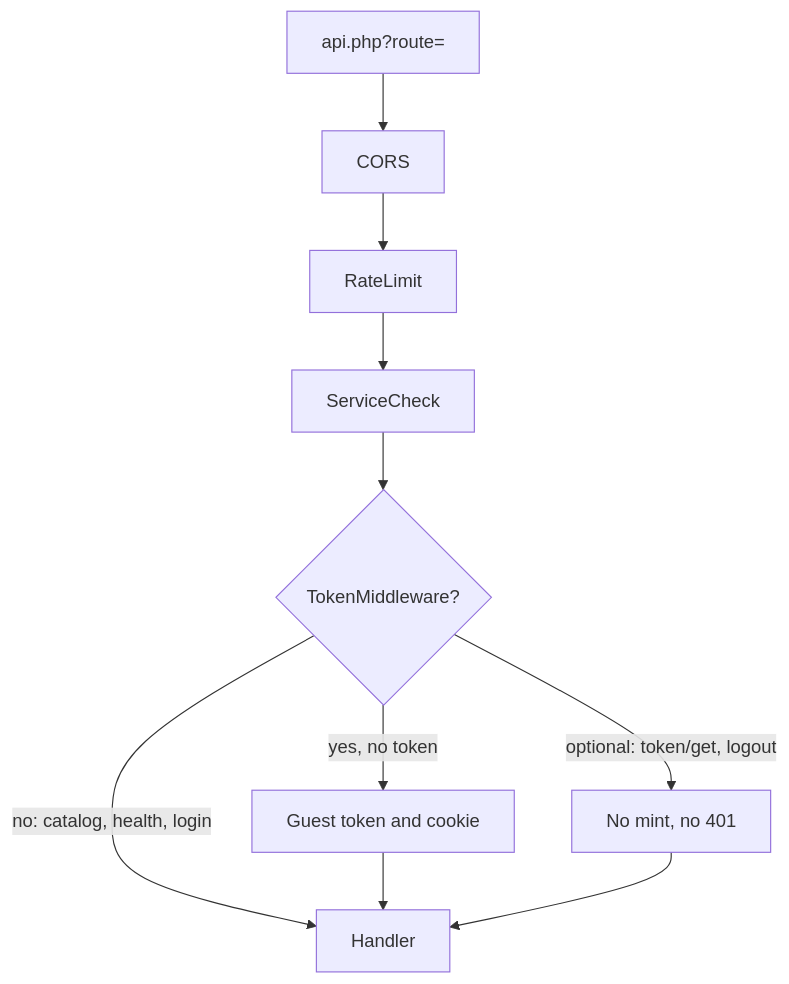
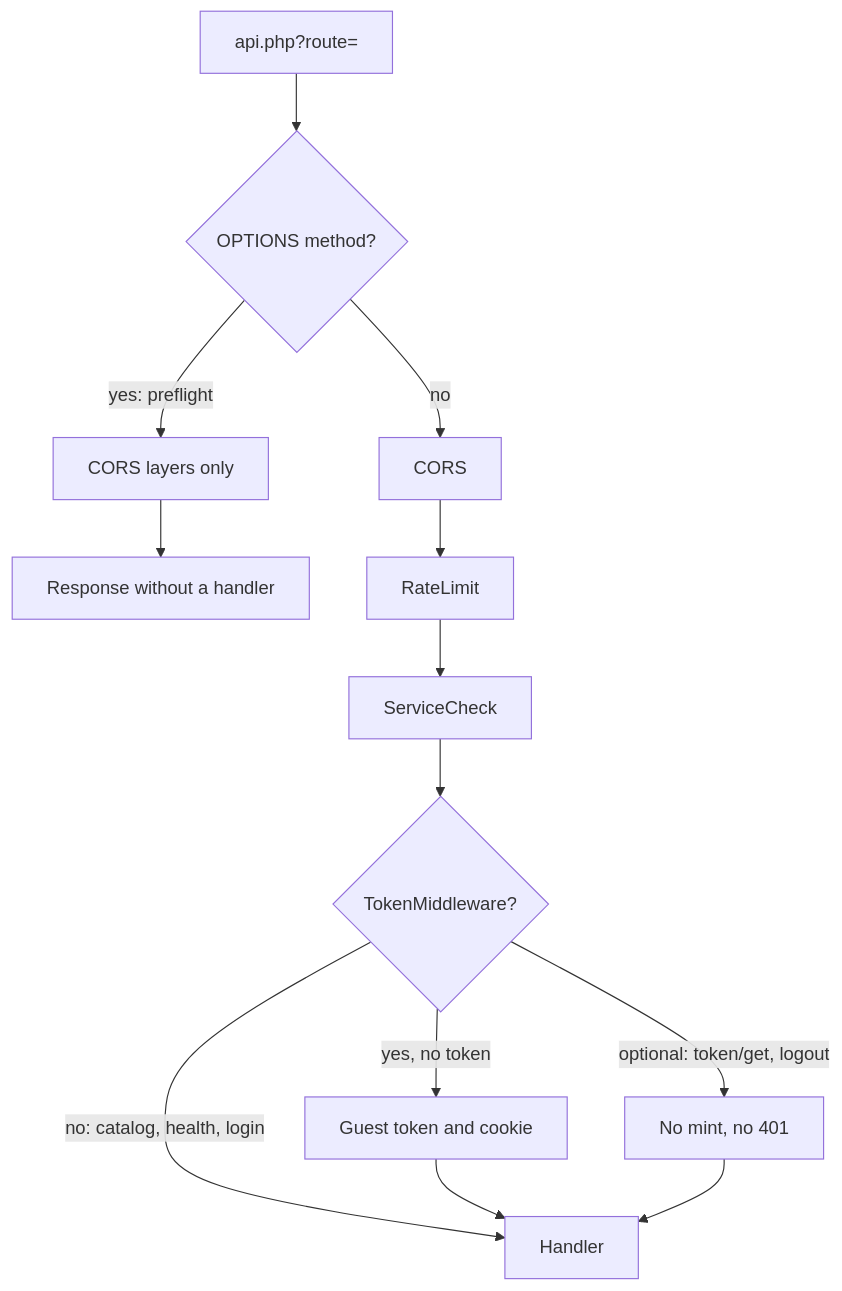
One commit to modx-pro/Docs changed the diagram in docs/en/components/minishop3/development/web-api/index.md. Above: the diagram before and after it, drawn with Mermaid. The commit also changed other lines of this file and 13 other files, not shown here.

````diff
--- a/docs/en/components/minishop3/development/web-api/index.md
+++ b/docs/en/components/minishop3/development/web-api/index.md
@@ -58,12 +60,15 @@
 ```mermaid
 flowchart TD
-  req["api.php?route="] --> cors["CORS"]
+  req["api.php?route="] --> method{"OPTIONS method?"}
+  method -->|yes: preflight| corsonly["CORS layers only"]
+  corsonly --> answer["Response without a handler"]
+  method -->|no| cors["CORS"]
   cors --> limit["RateLimit"]
   limit --> service["ServiceCheck"]
   service --> token{"TokenMiddleware?"}
   token -->|no: catalog, health, login| handler["Handler"]
   token -->|yes, no token| mint["Guest token and cookie"]
   token -->|optional: token/get, logout| skip["No mint, no 401"]
   mint --> handler
   skip --> handler
 ```
````
